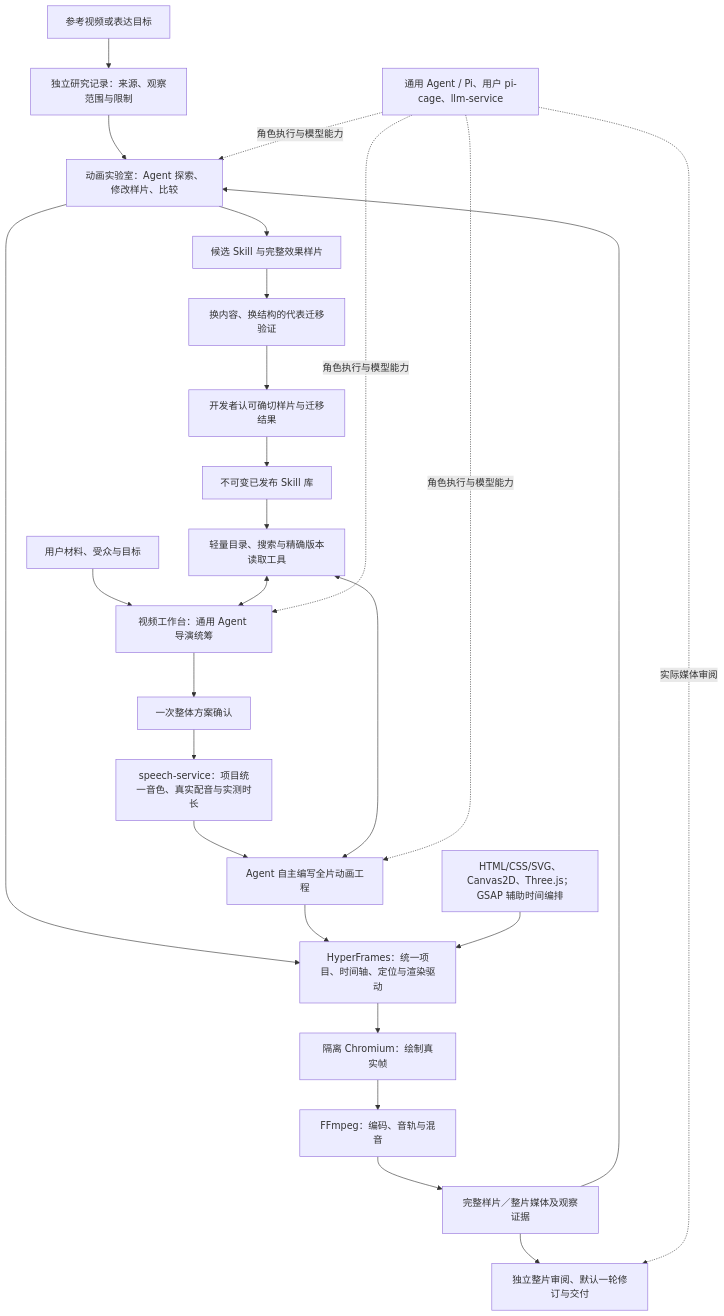
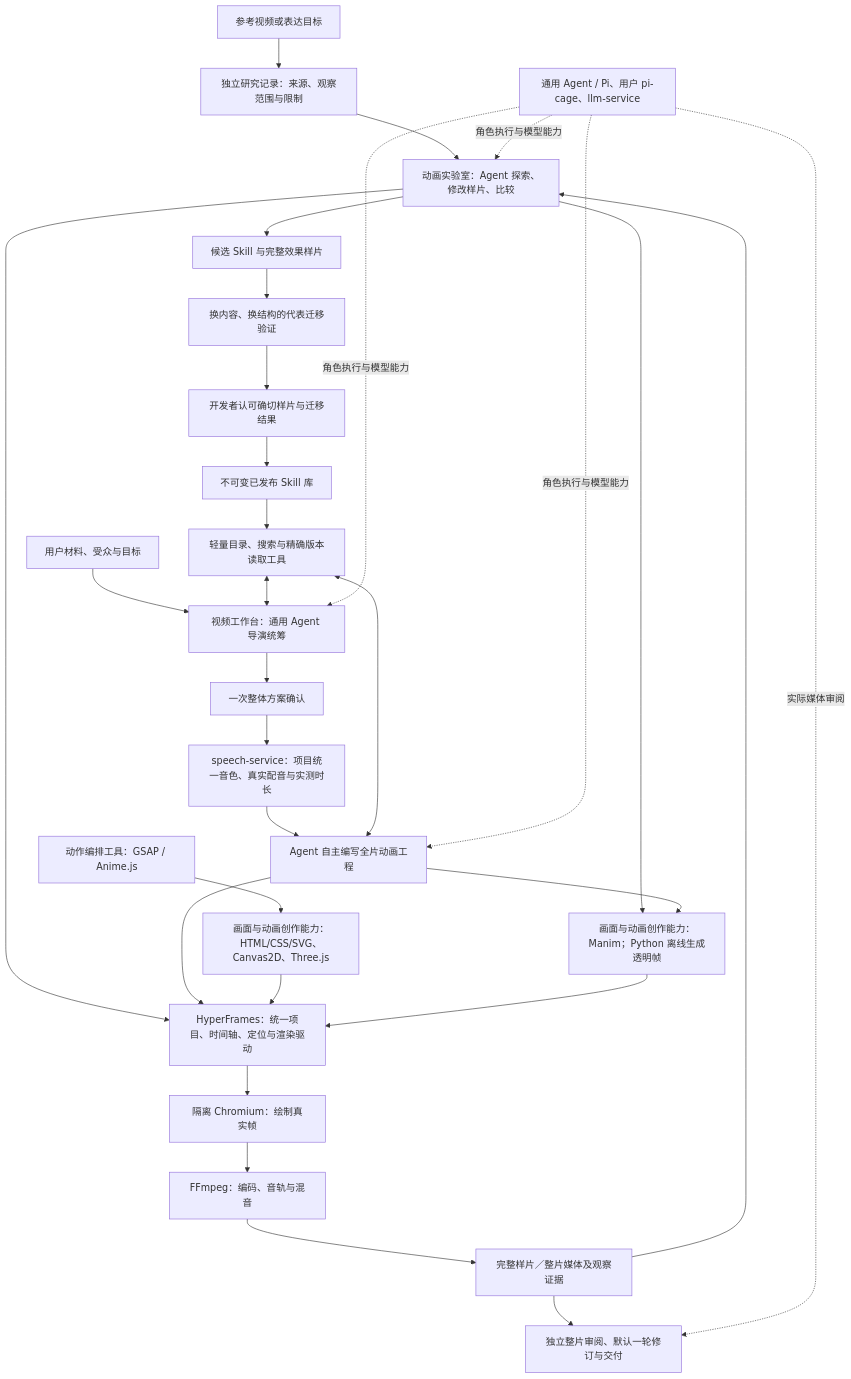
The diagram in video_workbench/docs/agent-creation-effect-library-plan.md (zmhhaha/panghu_agent), drawn with Mermaid before and after one commit. The commit also changed other lines of this file, not shown here.

````diff
--- a/video_workbench/docs/agent-creation-effect-library-plan.md
+++ b/video_workbench/docs/agent-creation-effect-library-plan.md
@@ -22,28 +22,32 @@
 ```mermaid
 flowchart TB
     Ref[参考视频或表达目标] --> Research[独立研究记录：来源、观察范围与限制]
     Research --> Lab[动画实验室：Agent 探索、修改样片、比较]
     Lab --> Candidate[候选 Skill 与完整效果样片]
     Candidate --> Transfer[换内容、换结构的代表迁移验证]
     Transfer --> Accept[开发者认可确切样片与迁移结果]
     Accept --> Registry[不可变已发布 Skill 库]
     Material[用户材料、受众与目标] --> Director[视频工作台：通用 Agent 导演统筹]
     Registry --> Tools[轻量目录、搜索与精确版本读取工具]
     Tools <--> Director
     Director --> Confirm[一次整体方案确认]
     Confirm --> Speech[speech-service：项目统一音色、真实配音与实测时长]
     Speech --> Create[Agent 自主编写全片动画工程]
     Tools <--> Create
     Lab --> HF[HyperFrames：统一项目、时间轴、定位与渲染驱动]
     Create --> HF
-    Engines[HTML/CSS/SVG、Canvas2D、Three.js；GSAP 辅助时间编排] --> HF
+    Engines[画面与动画创作能力：HTML/CSS/SVG、Canvas2D、Three.js] --> HF
+    Motion[动作编排工具：GSAP / Anime.js] --> Engines
+    Lab --> Manim[画面与动画创作能力：Manim；Python 离线生成透明帧]
+    Create --> Manim
+    Manim --> HF
     HF --> Pixels[隔离 Chromium：绘制真实帧]
     Pixels --> Encode[FFmpeg：编码、音轨与混音]
     Encode --> Evidence[完整样片／整片媒体及观察证据]
     Evidence --> Lab
     Evidence --> Review[独立整片审阅、默认一轮修订与交付]
     Shared[通用 Agent / Pi、用户 pi-cage、llm-service] -.角色执行与模型能力.-> Lab
     Shared -.角色执行与模型能力.-> Director
     Shared -.角色执行与模型能力.-> Create
     Shared -.实际媒体审阅.-> Review
 ```
````
